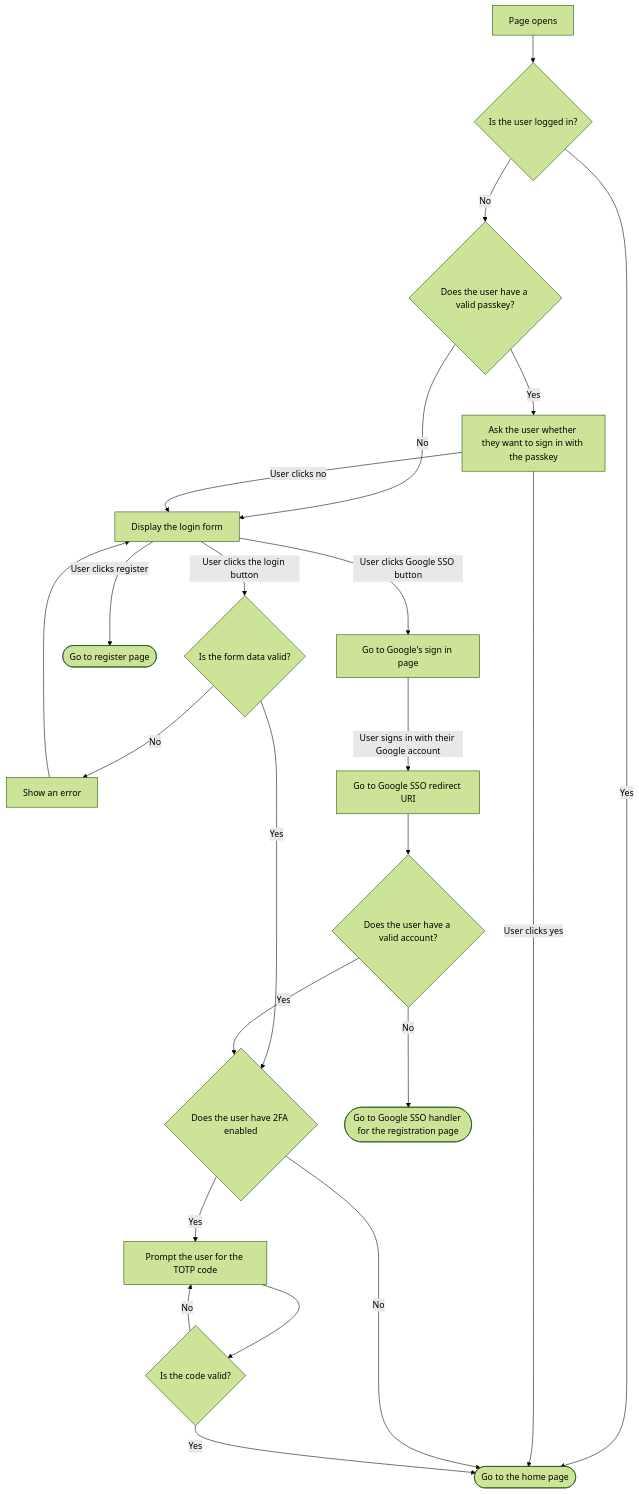
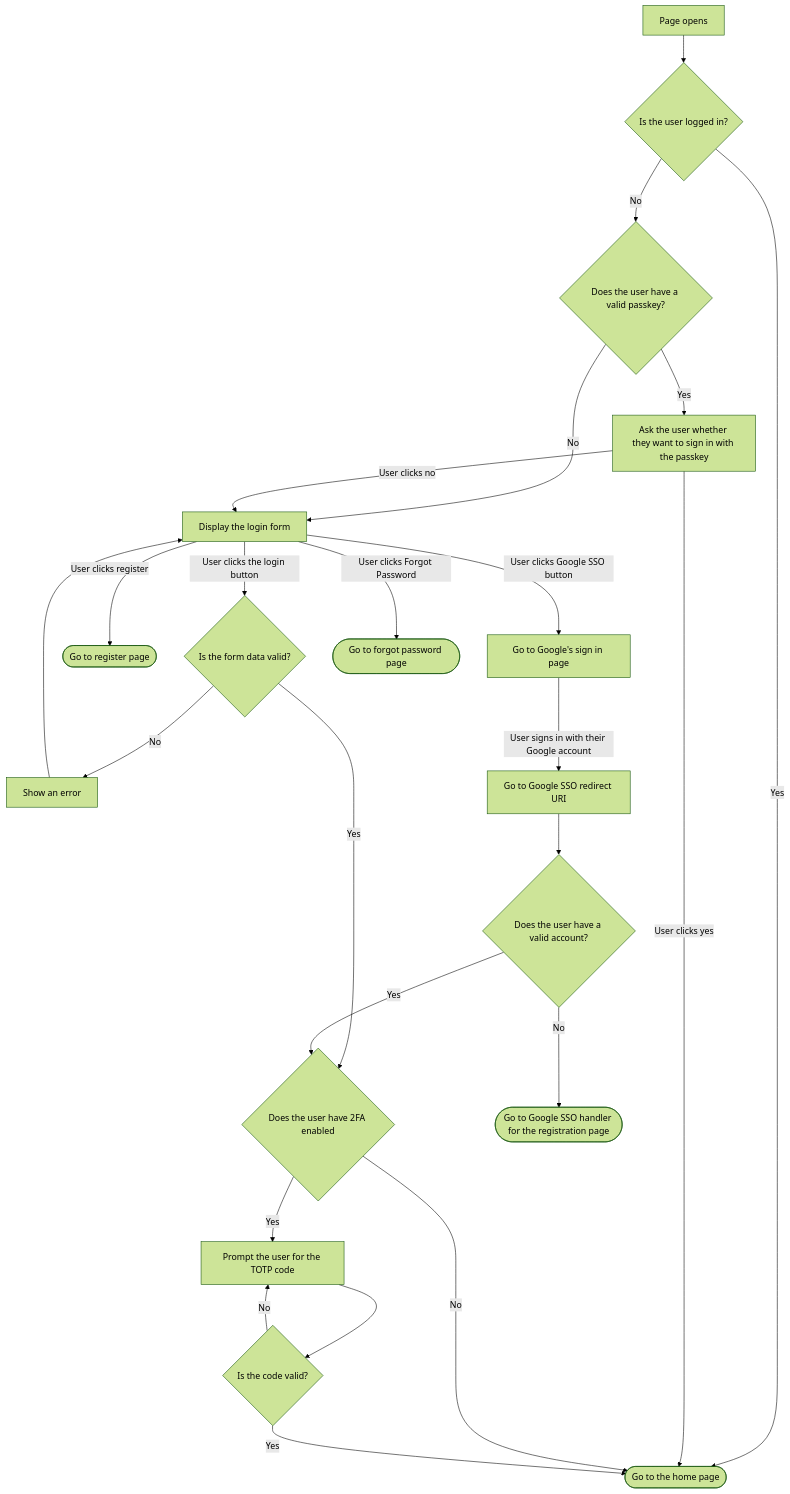
Before and after one commit to AaravMalani/specs: the first of 3 diagrams in flows/LOGIN.md, drawn with Mermaid (forest theme). The commit also changed other lines of this file, not shown here.

Commit message:
chore(flows): add forgot password flow

````diff
--- a/flows/LOGIN.md
+++ b/flows/LOGIN.md
@@ -12,47 +13,49 @@
 ```mermaid
 flowchart TD
 
     A[Page opens] --> B{Is the user logged in?}
 
     B -->|Yes| C([Go to the home page])
 
     B -->|No| K{Does the user have a valid passkey?}
 
     K -->|Yes| L[Ask the user whether they want to sign in with the passkey]
 
     K -->|No| D[Display the login form]
 
     L -->|User clicks no| D
 
     L -->|User clicks yes| C
 
     D -->|User clicks the login button| E{Is the form data valid?}
 
     E -->|No| F[Show an error]
 
     E -->|Yes| H{Does the user have 2FA enabled}
 
     H -->|Yes| I[Prompt the user for the TOTP code]
 
     H -->|No| C
 
     I --> J{Is the code valid?}
 
     J -->|Yes| C
 
     J -->|No| I
 
     F --> D
 
     D -->|User clicks register| G([Go to register page])
 
     D -->|User clicks Google SSO button| M[Go to Google's sign in page]
 
     M -->|User signs in with their Google account| N[Go to Google SSO redirect URI]
     
     N --> O{Does the user have a valid account?}
     
     O -->|Yes| H
     
     O -->|No| P([Go to Google SSO handler for the registration page])
+
+    D -->|User clicks Forgot Password| Q([Go to forgot password page])
 ```
````
